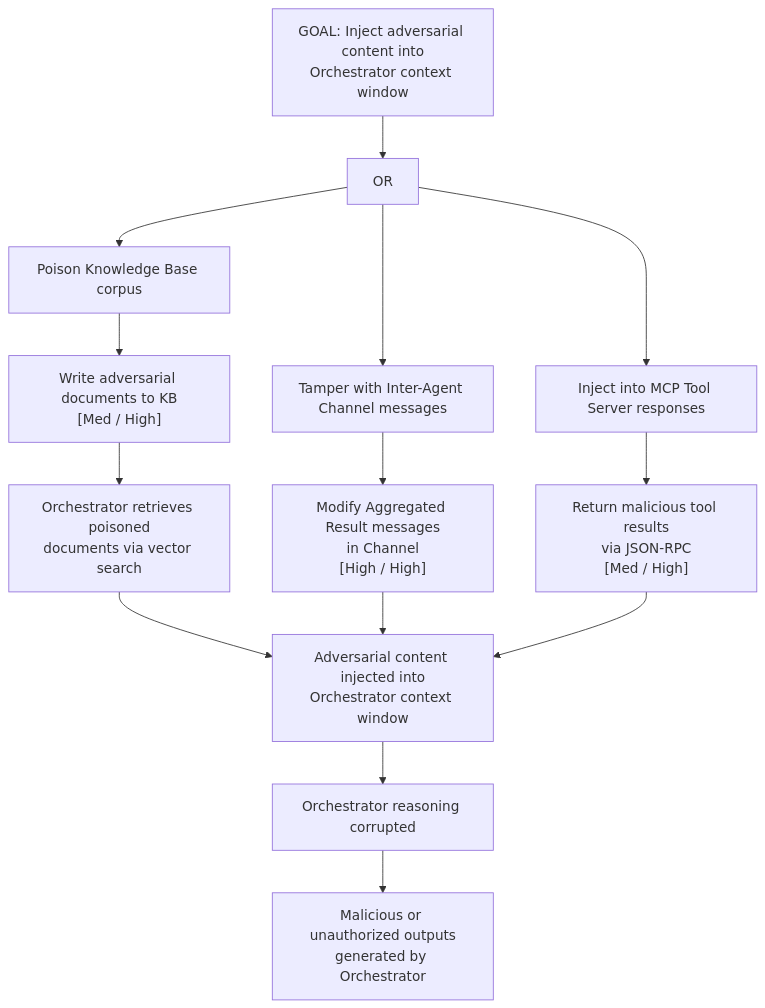
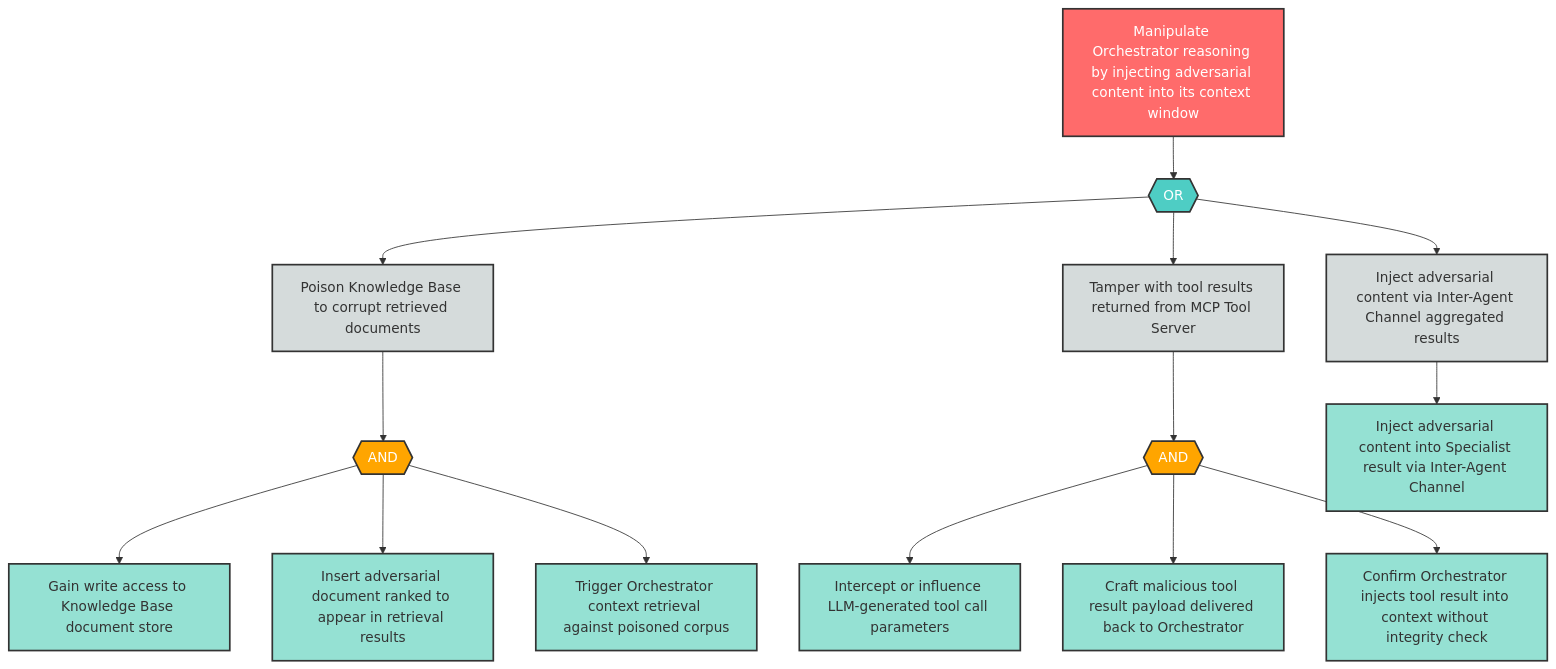
The diagram in examples/agentic-app/sample-report/attack-trees/t-2-attack-tree.md (q-qp-p/davidmatousek-tachi), drawn with Mermaid before and after one commit. The commit also changed other lines of this file and 156 other files, not shown here.

````diff
--- a/examples/agentic-app/sample-report/attack-trees/t-2-attack-tree.md
+++ b/examples/agentic-app/sample-report/attack-trees/t-2-attack-tree.md
@@ -10,17 +8,43 @@
 ```mermaid
-graph TD
-    GOAL["GOAL: Inject adversarial content into\nOrchestrator context window"]
-    GOAL --> A["OR"]
-    A --> B["Poison Knowledge Base corpus"]
-    A --> C["Tamper with Inter-Agent Channel messages"]
-    A --> D["Inject into MCP Tool Server responses"]
-    B --> B1["Write adversarial documents to KB\n[Med / High]"]
-    B1 --> B2["Orchestrator retrieves poisoned\ndocuments via vector search"]
-    C --> C1["Modify Aggregated Result messages\nin Channel\n[High / High]"]
-    D --> D1["Return malicious tool results\nvia JSON-RPC\n[Med / High]"]
-    B2 --> E["Adversarial content injected into\nOrchestrator context window"]
-    C1 --> E
-    D1 --> E
-    E --> F["Orchestrator reasoning corrupted"]
-    F --> G["Malicious or unauthorized outputs\ngenerated by Orchestrator"]
+flowchart TD
+    T2_root["Manipulate Orchestrator reasoning by injecting adversarial content into its context window"]
+    T2_or1{{"OR"}}
+    T2_sub1["Poison Knowledge Base to corrupt retrieved documents"]
+    T2_sub2["Tamper with tool results returned from MCP Tool Server"]
+    T2_sub3["Inject adversarial content via Inter-Agent Channel aggregated results"]
+    T2_and1{{"AND"}}
+    T2_leaf1["Gain write access to Knowledge Base document store"]
+    T2_leaf2["Insert adversarial document ranked to appear in retrieval results"]
+    T2_leaf3["Trigger Orchestrator context retrieval against poisoned corpus"]
+    T2_and2{{"AND"}}
+    T2_leaf4["Intercept or influence LLM-generated tool call parameters"]
+    T2_leaf5["Craft malicious tool result payload delivered back to Orchestrator"]
+    T2_leaf6["Confirm Orchestrator injects tool result into context without integrity check"]
+    T2_leaf7["Inject adversarial content into Specialist result via Inter-Agent Channel"]
+
+    T2_root --> T2_or1
+    T2_or1 --> T2_sub1
+    T2_or1 --> T2_sub2
+    T2_or1 --> T2_sub3
+    T2_sub1 --> T2_and1
+    T2_and1 --> T2_leaf1
+    T2_and1 --> T2_leaf2
+    T2_and1 --> T2_leaf3
+    T2_sub2 --> T2_and2
+    T2_and2 --> T2_leaf4
+    T2_and2 --> T2_leaf5
+    T2_and2 --> T2_leaf6
+    T2_sub3 --> T2_leaf7
+
+    classDef goal fill:#ff6b6b,stroke:#333,stroke-width:2px,color:#fff
+    classDef andGate fill:#ffa500,stroke:#333,stroke-width:2px,color:#fff
+    classDef orGate fill:#4ecdc4,stroke:#333,stroke-width:2px,color:#fff
+    classDef subGoal fill:#d5dbdb,stroke:#333,stroke-width:2px,color:#333
+    classDef leaf fill:#95e1d3,stroke:#333,stroke-width:2px,color:#333
+
+    class T2_root goal
+    class T2_or1 orGate
+    class T2_and1,T2_and2 andGate
+    class T2_sub1,T2_sub2,T2_sub3 subGoal
+    class T2_leaf1,T2_leaf2,T2_leaf3,T2_leaf4,T2_leaf5,T2_leaf6,T2_leaf7 leaf
 ```
````
